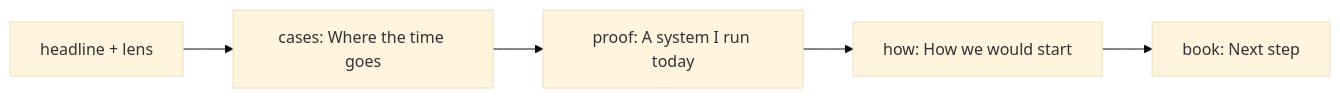
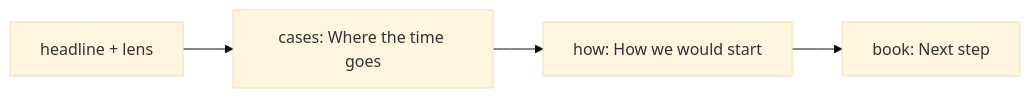
Before and after one commit to Rwb3n/rwb3n.github.io: the first of 2 diagrams in _model/current/process.md, drawn with Mermaid (base theme). The commit also changed 4 other files, not shown here.

````diff
--- a/_model/current/process.md
+++ b/_model/current/process.md
@@ -7,11 +7,9 @@
 ```mermaid
 flowchart LR
   H["headline + lens"] --> L0
   L0["cases: Where the time goes"]
-  L1["proof: A system I run today"]
-  L2["how: How we would start"]
-  L3["book: Next step"]
+  L1["how: How we would start"]
+  L2["book: Next step"]
   L0 --> L1
   L1 --> L2
-  L2 --> L3
 ```
````
